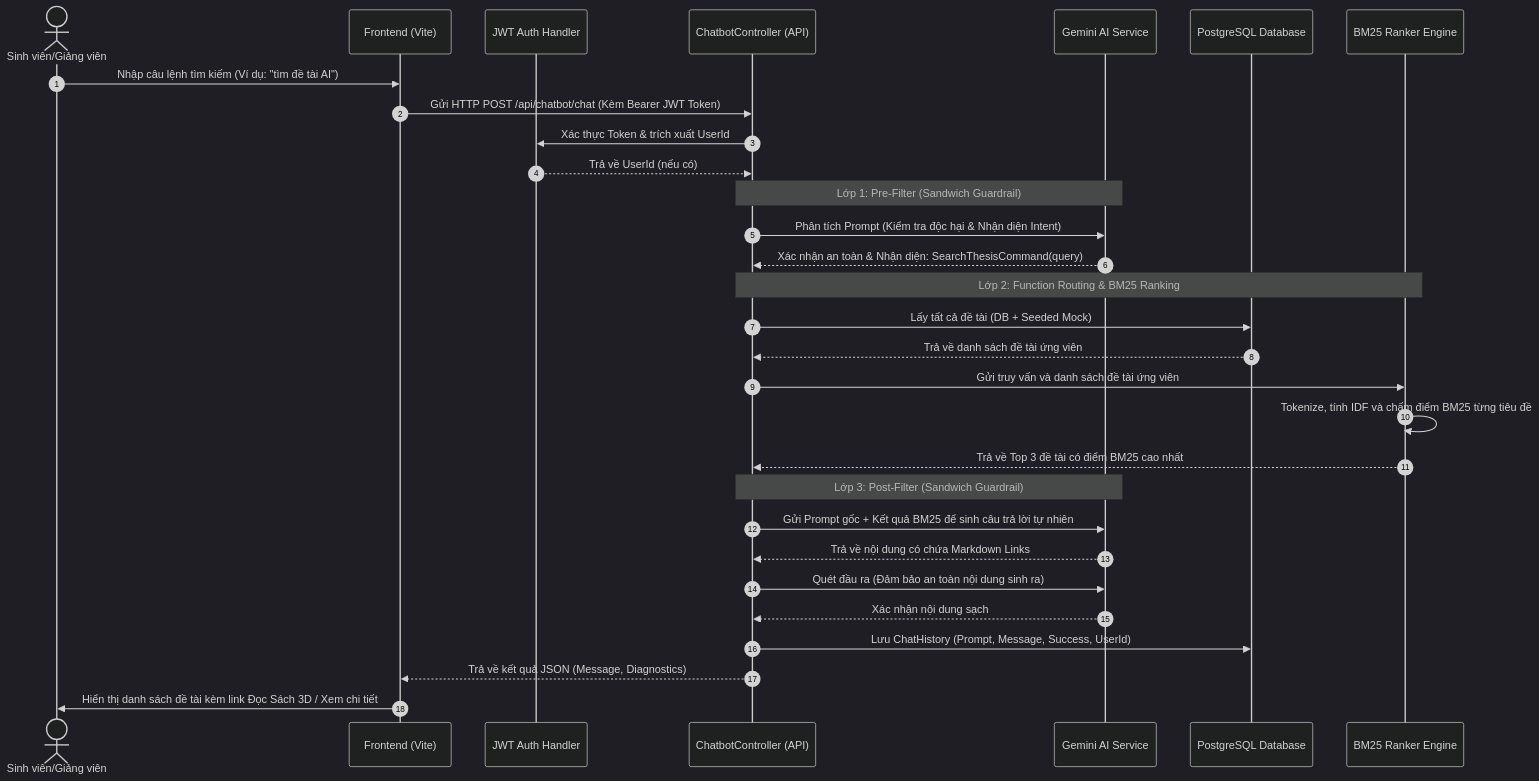
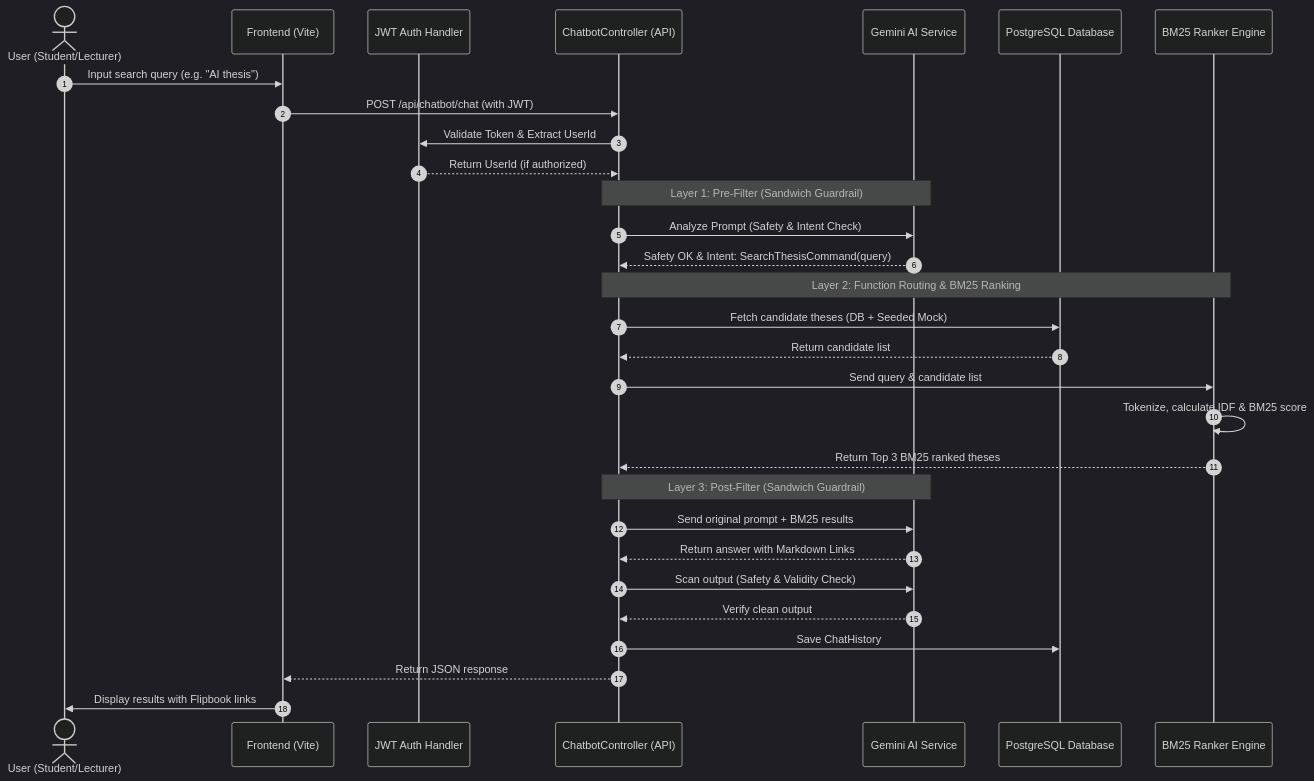
Before and after one commit to phucnguyen2716/Thesis-Management: the fourth of 4 diagrams in README.md, drawn with Mermaid (dark theme).

Commit message:
docs: translate Sequence Diagram labels to English

````diff
--- a/README.md
+++ b/README.md
@@ -1175,37 +1175,37 @@
 ```mermaid
 sequenceDiagram
     autonumber
-    actor User as Sinh viên/Giảng viên
+    actor User as User (Student/Lecturer)
     participant Client as Frontend (Vite)
     participant Auth as JWT Auth Handler
     participant Controller as ChatbotController (API)
     participant Gemini as Gemini AI Service
     participant DB as PostgreSQL Database
     participant BM25 as BM25 Ranker Engine
 
-    User->>Client: Nhập câu lệnh tìm kiếm (Ví dụ: "tìm đề tài AI")
-    Client->>Controller: Gửi HTTP POST /api/chatbot/chat (Kèm Bearer JWT Token)
-    Controller->>Auth: Xác thực Token & trích xuất UserId
-    Auth-->>Controller: Trả về UserId (nếu có)
+    User->>Client: Input search query (e.g. "AI thesis")
+    Client->>Controller: POST /api/chatbot/chat (with JWT)
+    Controller->>Auth: Validate Token & Extract UserId
+    Auth-->>Controller: Return UserId (if authorized)
     
-    Note over Controller, Gemini: Lớp 1: Pre-Filter (Sandwich Guardrail)
-    Controller->>Gemini: Phân tích Prompt (Kiểm tra độc hại & Nhận diện Intent)
-    Gemini-->>Controller: Xác nhận an toàn & Nhận diện: SearchThesisCommand(query)
+    Note over Controller, Gemini: Layer 1: Pre-Filter (Sandwich Guardrail)
+    Controller->>Gemini: Analyze Prompt (Safety & Intent Check)
+    Gemini-->>Controller: Safety OK & Intent: SearchThesisCommand(query)
 
-    Note over Controller, BM25: Lớp 2: Function Routing & BM25 Ranking
-    Controller->>DB: Lấy tất cả đề tài (DB + Seeded Mock)
-    DB-->>Controller: Trả về danh sách đề tài ứng viên
-    Controller->>BM25: Gửi truy vấn và danh sách đề tài ứng viên
-    BM25->>BM25: Tokenize, tính IDF và chấm điểm BM25 từng tiêu đề
-    BM25-->>Controller: Trả về Top 3 đề tài có điểm BM25 cao nhất
+    Note over Controller, BM25: Layer 2: Function Routing & BM25 Ranking
+    Controller->>DB: Fetch candidate theses (DB + Seeded Mock)
+    DB-->>Controller: Return candidate list
+    Controller->>BM25: Send query & candidate list
+    BM25->>BM25: Tokenize, calculate IDF & BM25 score
+    BM25-->>Controller: Return Top 3 BM25 ranked theses
 
-    Note over Controller, Gemini: Lớp 3: Post-Filter (Sandwich Guardrail)
-    Controller->>Gemini: Gửi Prompt gốc + Kết quả BM25 để sinh câu trả lời tự nhiên
-    Gemini-->>Controller: Trả về nội dung có chứa Markdown Links
-    Controller->>Gemini: Quét đầu ra (Đảm bảo an toàn nội dung sinh ra)
-    Gemini-->>Controller: Xác nhận nội dung sạch
+    Note over Controller, Gemini: Layer 3: Post-Filter (Sandwich Guardrail)
+    Controller->>Gemini: Send original prompt + BM25 results
+    Gemini-->>Controller: Return answer with Markdown Links
+    Controller->>Gemini: Scan output (Safety & Validity Check)
+    Gemini-->>Controller: Verify clean output
 
-    Controller->>DB: Lưu ChatHistory (Prompt, Message, Success, UserId)
-    Controller-->>Client: Trả về kết quả JSON (Message, Diagnostics)
-    Client->>User: Hiển thị danh sách đề tài kèm link Đọc Sách 3D / Xem chi tiết
+    Controller->>DB: Save ChatHistory
+    Controller-->>Client: Return JSON response
+    Client->>User: Display results with Flipbook links
 ```
````
